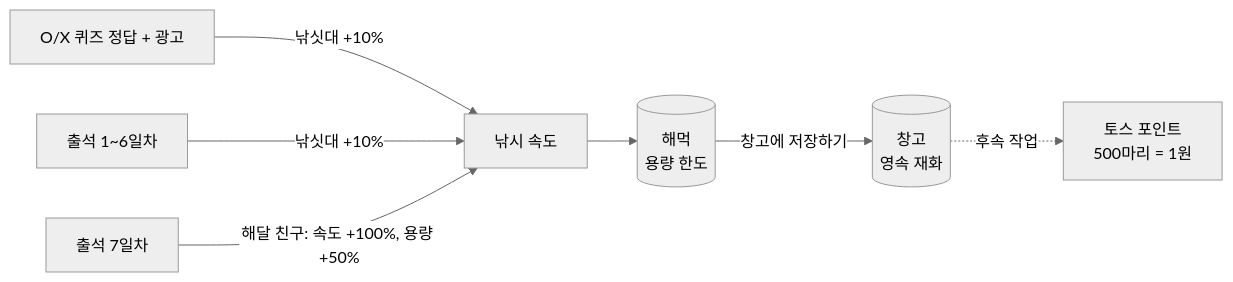
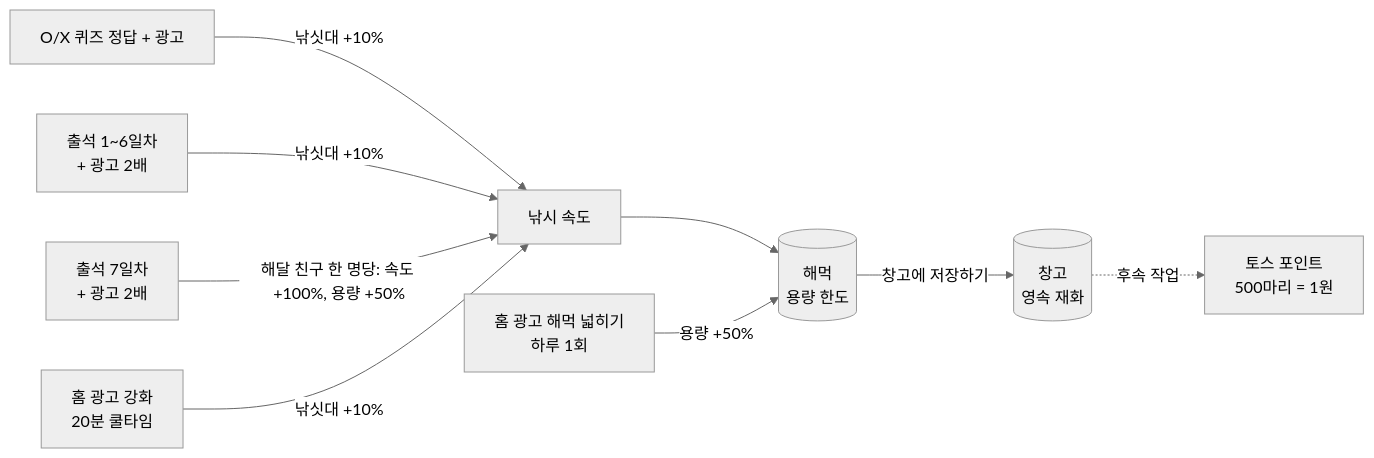
One commit to toss-minigame/haedalpoint changed the first of 7 diagrams in docs/design/fishing-sequence.md. Above: the diagram before and after it, drawn with Mermaid (neutral theme). The commit also changed other lines of this file and 4 other files, not shown here.

````diff
--- a/docs/design/fishing-sequence.md
+++ b/docs/design/fishing-sequence.md
@@ -11,9 +11,11 @@
 ```mermaid
 flowchart LR
     Q[O/X 퀴즈 정답 + 광고] -->|낚싯대 +10%| R[낚시 속도]
-    C[출석 1~6일차] -->|낚싯대 +10%| R
-    F[출석 7일차] -->|해달 친구: 속도 +100%, 용량 +50%| R
+    C[출석 1~6일차<br/>+ 광고 2배] -->|낚싯대 +10%| R
+    F[출석 7일차<br/>+ 광고 2배] -->|해달 친구 한 명당: 속도 +100%, 용량 +50%| R
+    AR[홈 광고 강화<br/>20분 쿨타임] -->|낚싯대 +10%| R
     R --> H[(해먹<br/>용량 한도)]
+    AE[홈 광고 해먹 넓히기<br/>하루 1회] -->|용량 +50%| H
     H -->|창고에 저장하기| W[(창고<br/>영속 재화)]
     W -.->|후속 작업| T[토스 포인트<br/>500마리 = 1원]
 ```
````
